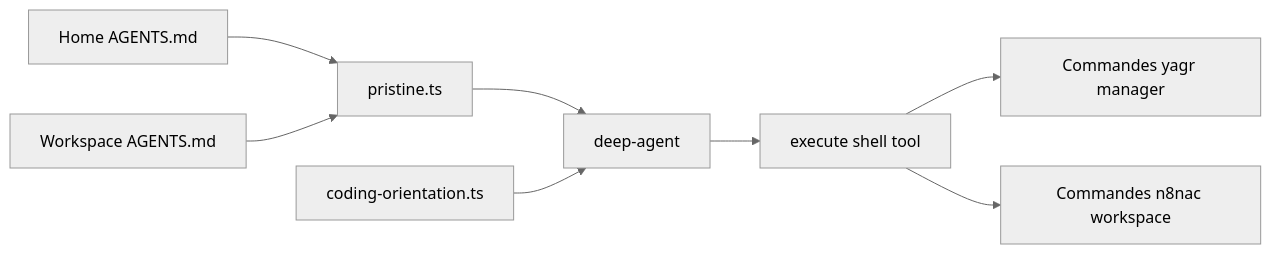
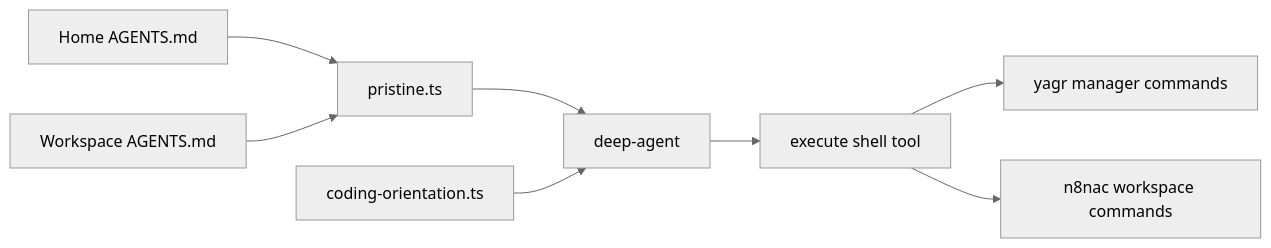
The second of 7 diagrams in architecture/current/runtime-flows.md (EtienneLescot/yagr), drawn with Mermaid (neutral theme) before and after one commit. The commit also changed other lines of this file and 13 other files, not shown here.

First line of the commit message:
docs: translate architectural documentation to English

````diff
--- a/architecture/current/runtime-flows.md
+++ b/architecture/current/runtime-flows.md
@@ -40,19 +40,19 @@
 ```mermaid
 flowchart LR
     HOME[Home AGENTS.md]
     WORK[Workspace AGENTS.md]
     PR[pristine.ts]
     CODE[coding-orientation.ts]
     AGENT[deep-agent]
     SHELL[execute shell tool]
-    HCLI[Commandes yagr manager]
-    WCLI[Commandes n8nac workspace]
+    HCLI[yagr manager commands]
+    WCLI[n8nac workspace commands]
 
     HOME --> PR
     WORK --> PR
     PR --> AGENT
     CODE --> AGENT
     AGENT --> SHELL
     SHELL --> HCLI
     SHELL --> WCLI
 ```
````
